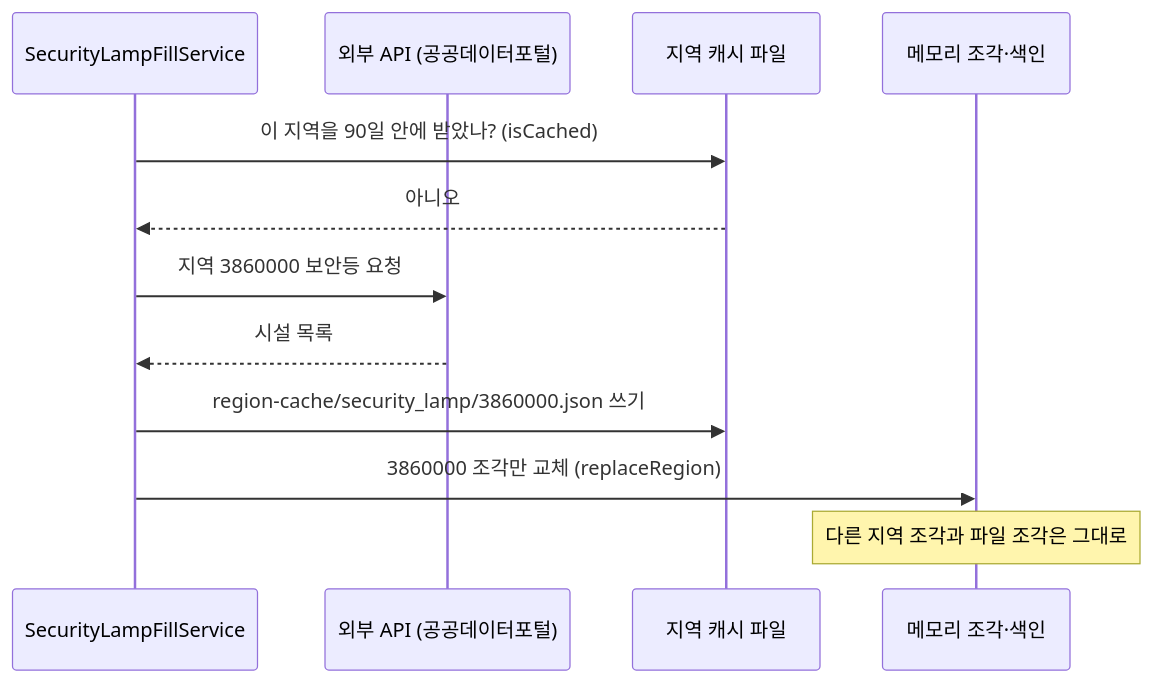
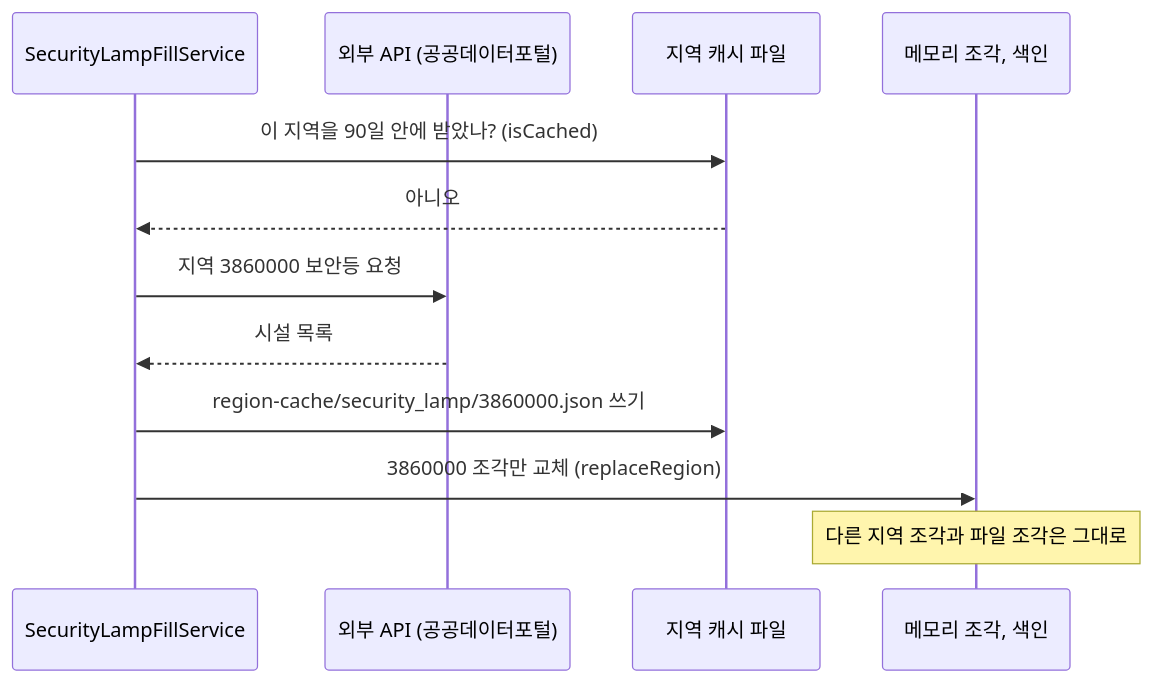
One commit to soo-ai-agent/bueongi-backend changed the third of 5 diagrams in docs/DATA_STORAGE.md. Above: the diagram before and after it, drawn with Mermaid. The commit also changed other lines of this file and 1 other file, not shown here.

````diff
--- a/docs/DATA_STORAGE.md
+++ b/docs/DATA_STORAGE.md
@@ -218,15 +232,15 @@
 ```mermaid
 sequenceDiagram
     participant Fill as SecurityLampFillService
     participant Api as 외부 API (공공데이터포털)
     participant Cache as 지역 캐시 파일
-    participant Mem as 메모리 조각·색인
+    participant Mem as 메모리 조각, 색인
 
     Fill->>Cache: 이 지역을 90일 안에 받았나? (isCached)
     Cache-->>Fill: 아니오
     Fill->>Api: 지역 3860000 보안등 요청
     Api-->>Fill: 시설 목록
     Fill->>Cache: region-cache/security_lamp/3860000.json 쓰기
     Fill->>Mem: 3860000 조각만 교체 (replaceRegion)
     Note over Mem: 다른 지역 조각과 파일 조각은 그대로
 ```
````
